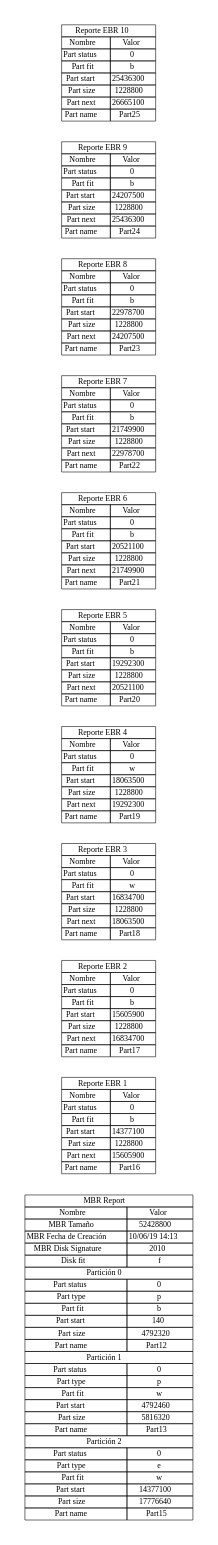
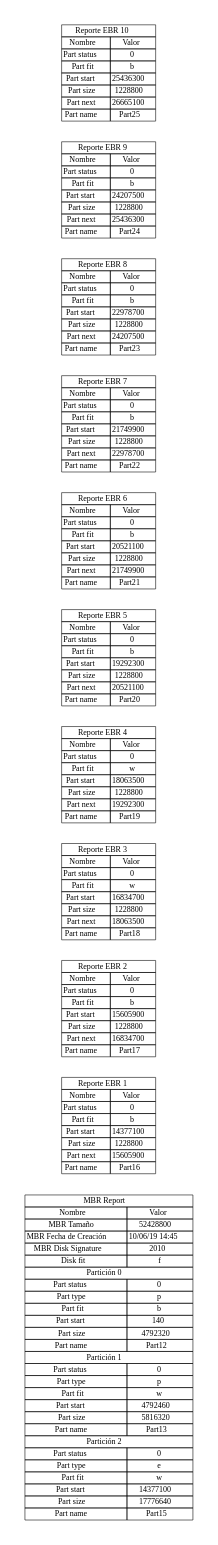
The diagram in mbr_report.dot (MacoChave/DiskParted), drawn with Graphviz before and after one commit. The commit also changed 5 other files, not shown here.

```diff
--- a/mbr_report.dot
+++ b/mbr_report.dot
@@ -17,7 +17,7 @@
 			</tr>
 			<tr>
 				<td>MBR Fecha de Creación</td>
-				<td>10/06/19 14:13</td>
+				<td>10/06/19 14:45</td>
 			</tr>
 			<tr>
 				<td>MBR Disk Signature</td>
```
